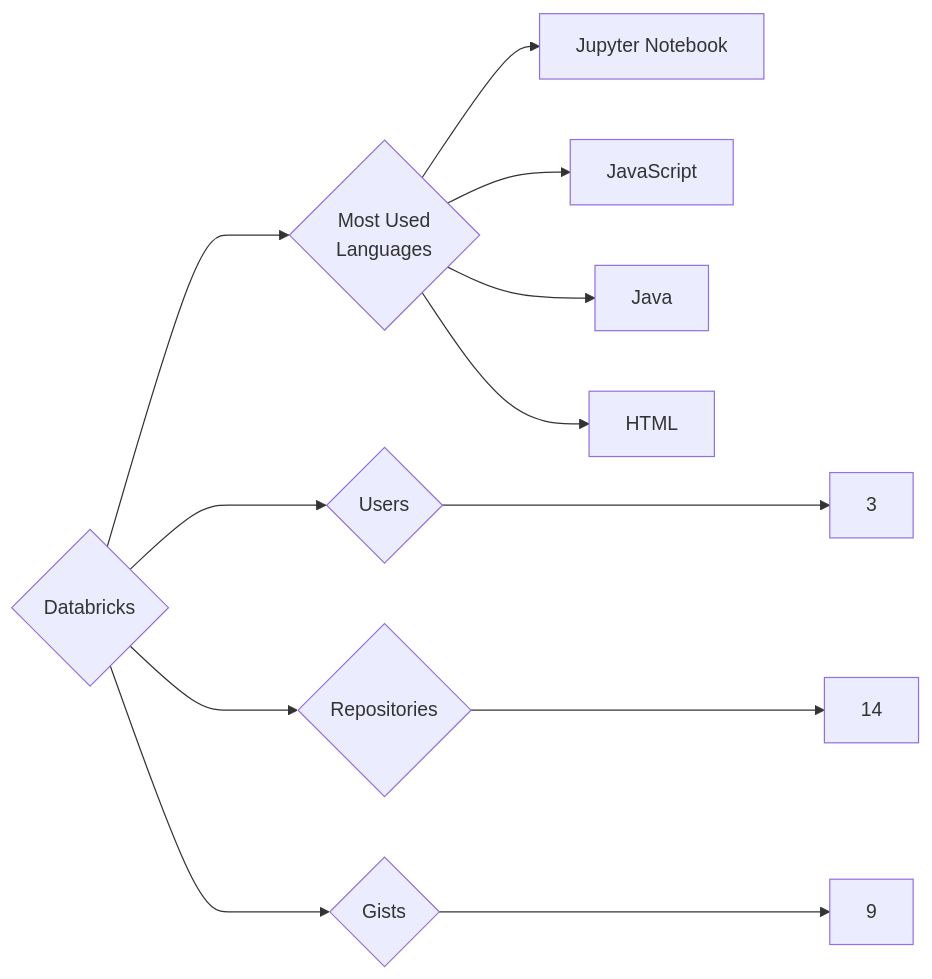
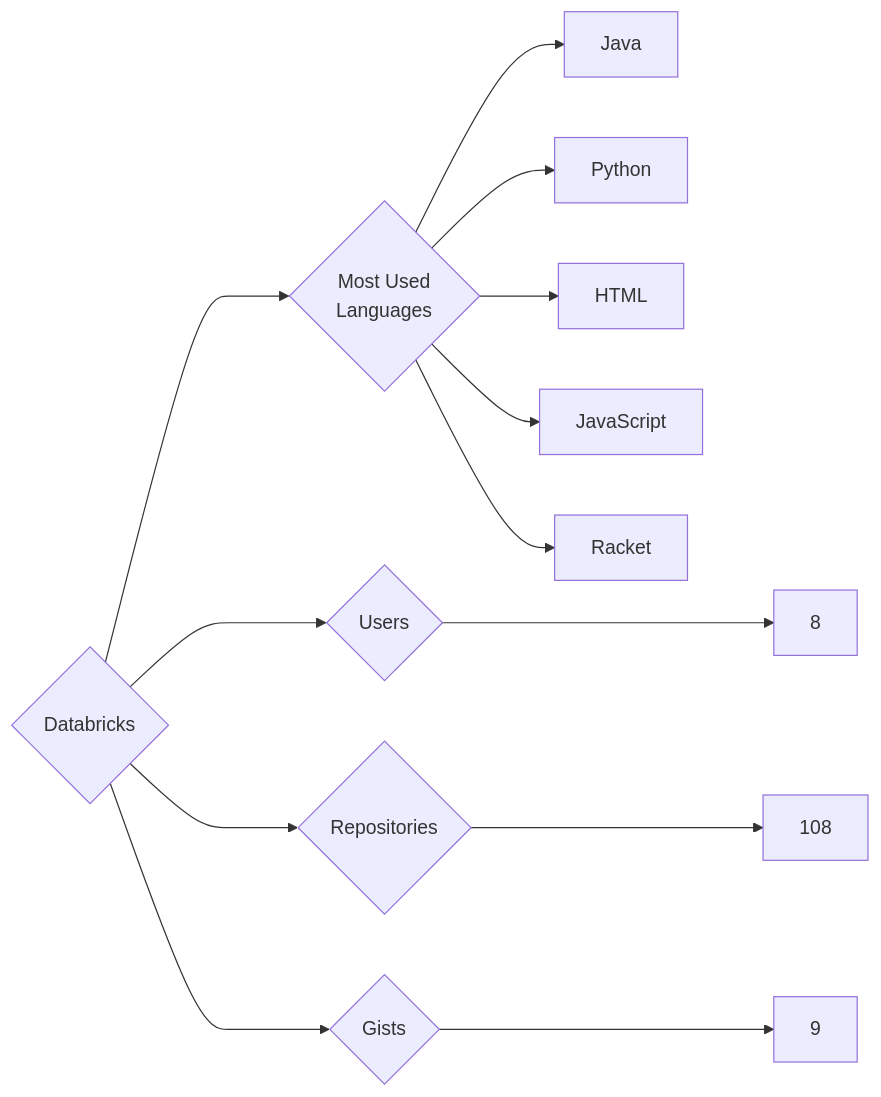
Before and after one commit to trickest/insiders: the diagram in targets/Databricks/README.md, drawn with Mermaid. The commit also changed 1003 other files, not shown here.

````diff
--- a/targets/Databricks/README.md
+++ b/targets/Databricks/README.md
@@ -3,12 +3,13 @@
 ```mermaid
 graph LR
 COMPANY_NAME{Databricks}
-COMPANY_NAME ---> U{Users} ---> UN[3]
-COMPANY_NAME ---> R{Repositories} ---> RN[14]
+COMPANY_NAME ---> U{Users} ---> UN[8]
+COMPANY_NAME ---> R{Repositories} ---> RN[108]
 COMPANY_NAME ---> G{Gists} ---> GN[9]
 COMPANY_NAME ---> ML{Most Used<br>Languages}
-ML --> Jupyter_Notebook[Jupyter Notebook]
+ML --> Java[Java]
+ML --> Python[Python]
+ML --> HTML[HTML]
 ML --> JavaScript[JavaScript]
-ML --> Java[Java]
-ML --> HTML[HTML]
+ML --> Racket[Racket]
 ```
````
